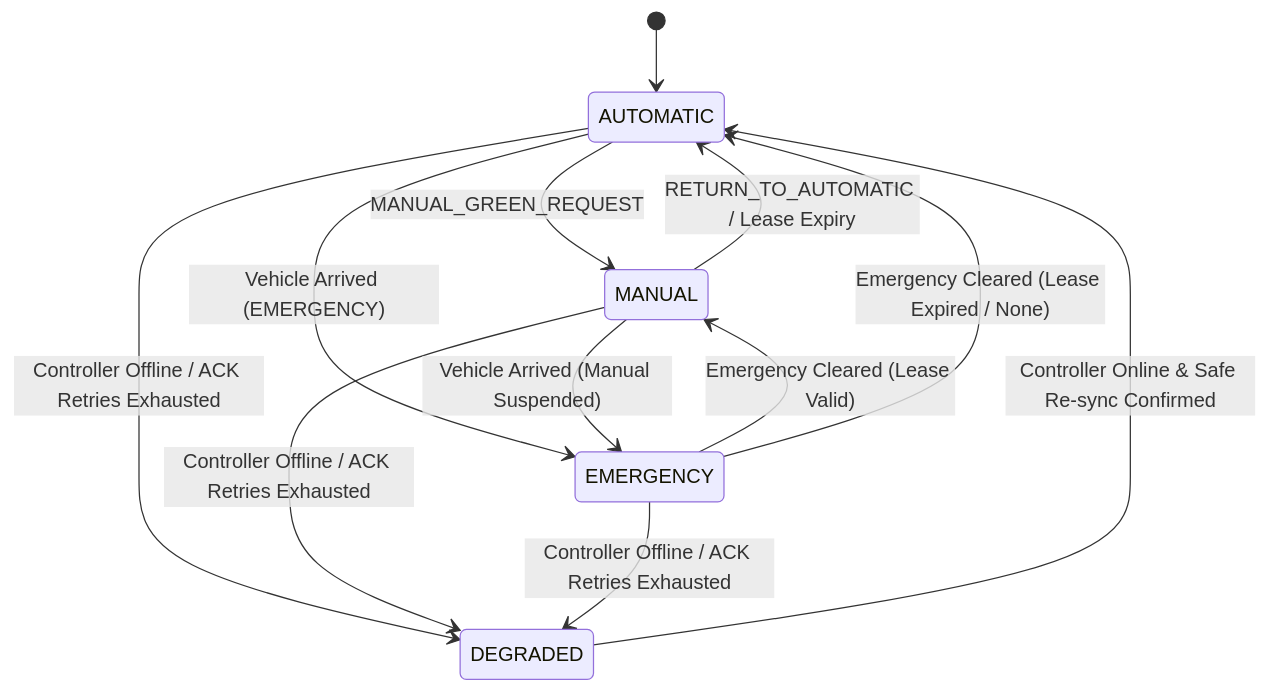
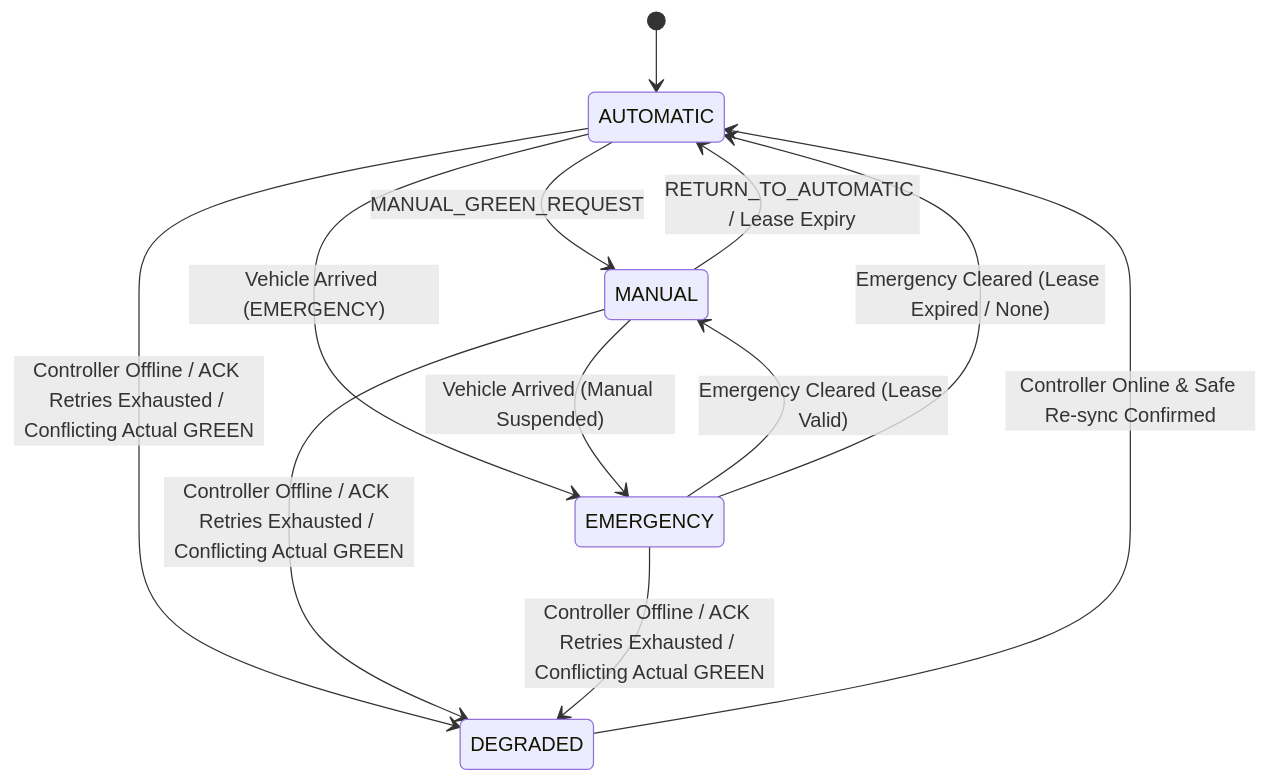
One commit to shopnil13/Factory_Traffic_Management_System changed the second of 2 diagrams in docs/state-machine.md. Above: the diagram before and after it, drawn with Mermaid. The commit also changed other lines of this file and 12 other files, not shown here.

````diff
--- a/docs/state-machine.md
+++ b/docs/state-machine.md
@@ -28,14 +28,14 @@
 ```mermaid
 stateDiagram-v2
     [*] --> AUTOMATIC
     AUTOMATIC --> MANUAL: MANUAL_GREEN_REQUEST
     MANUAL --> AUTOMATIC: RETURN_TO_AUTOMATIC / Lease Expiry
     AUTOMATIC --> EMERGENCY: Vehicle Arrived (EMERGENCY)
     MANUAL --> EMERGENCY: Vehicle Arrived (Manual Suspended)
     EMERGENCY --> MANUAL: Emergency Cleared (Lease Valid)
     EMERGENCY --> AUTOMATIC: Emergency Cleared (Lease Expired / None)
-    AUTOMATIC --> DEGRADED: Controller Offline / ACK Retries Exhausted
-    MANUAL --> DEGRADED: Controller Offline / ACK Retries Exhausted
-    EMERGENCY --> DEGRADED: Controller Offline / ACK Retries Exhausted
+    AUTOMATIC --> DEGRADED: Controller Offline / ACK Retries Exhausted / Conflicting Actual GREEN
+    MANUAL --> DEGRADED: Controller Offline / ACK Retries Exhausted / Conflicting Actual GREEN
+    EMERGENCY --> DEGRADED: Controller Offline / ACK Retries Exhausted / Conflicting Actual GREEN
     DEGRADED --> AUTOMATIC: Controller Online & Safe Re-sync Confirmed
 ```
````
